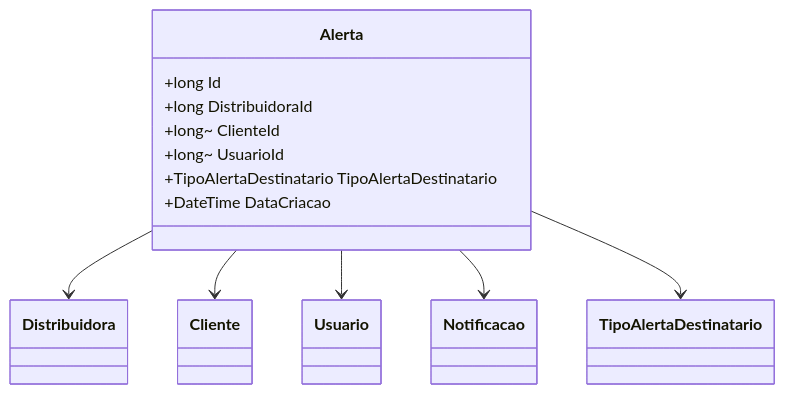
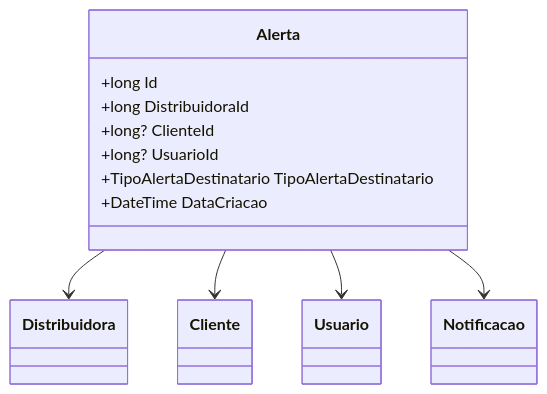
The diagram in docs/b2b-dominio/IsthmusWinthor.Nucleo/IsthmusWinthor.Dominio/Entidades/Alerta.md (IsthmusSistemas/documentacao-tecnica), drawn with Mermaid before and after one commit. The commit also changed other lines of this file and 882 other files, not shown here.

````diff
--- a/docs/b2b-dominio/IsthmusWinthor.Nucleo/IsthmusWinthor.Dominio/Entidades/Alerta.md
+++ b/docs/b2b-dominio/IsthmusWinthor.Nucleo/IsthmusWinthor.Dominio/Entidades/Alerta.md
@@ -30,16 +24,21 @@
 ```mermaid
 classDiagram
     class Alerta {
         +long Id
         +long DistribuidoraId
-        +long~ ClienteId
-        +long~ UsuarioId
+        +long? ClienteId
+        +long? UsuarioId
         +TipoAlertaDestinatario TipoAlertaDestinatario
         +DateTime DataCriacao
     }
+
+    class Distribuidora
+    class Cliente
+    class Usuario
+    class Notificacao
+
     Alerta --> Distribuidora
     Alerta --> Cliente
     Alerta --> Usuario
     Alerta --> Notificacao
-    Alerta --> TipoAlertaDestinatario
 ```
````
